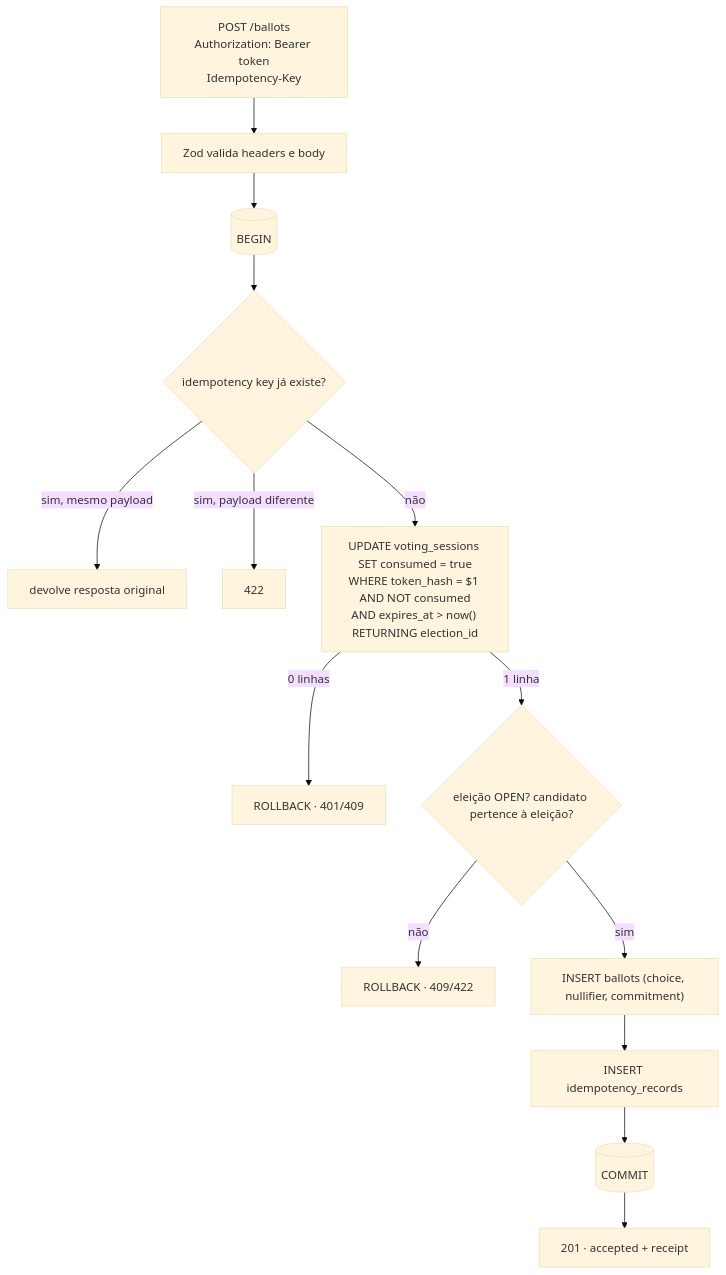
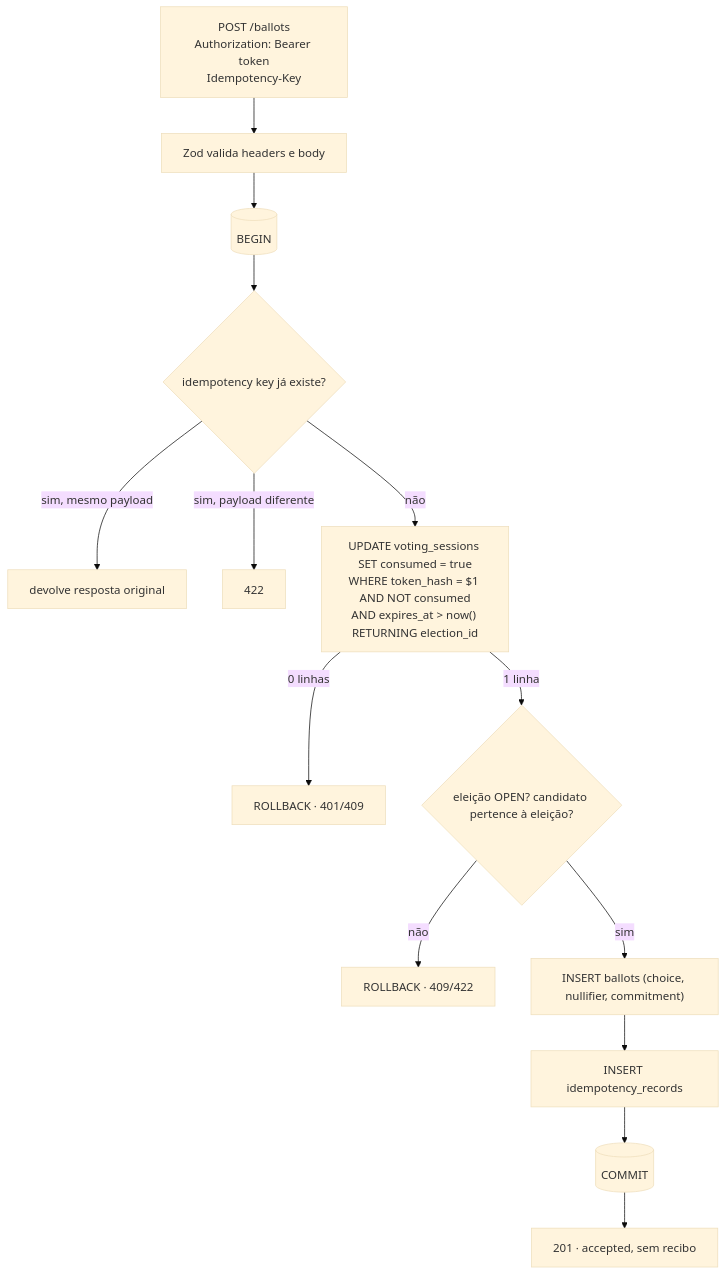
Before and after one commit to Truta446/urna-eletronica-edu: the third of 5 diagrams in docs/architecture.md, drawn with Mermaid (base theme). The commit also changed other lines of this file and 4 other files, not shown here.

````diff
--- a/docs/architecture.md
+++ b/docs/architecture.md
@@ -109,16 +109,16 @@
 ```mermaid
 flowchart TD
     A[POST /ballots<br/>Authorization: Bearer token<br/>Idempotency-Key] --> B[Zod valida headers e body]
     B --> C[(BEGIN)]
     C --> D{idempotency key já existe?}
     D -- "sim, mesmo payload" --> R1[devolve resposta original]
     D -- "sim, payload diferente" --> R2[422]
     D -- não --> E["UPDATE voting_sessions SET consumed = true<br/>WHERE token_hash = $1 AND NOT consumed<br/>AND expires_at > now() RETURNING election_id"]
     E -- 0 linhas --> R3[ROLLBACK · 401/409]
     E -- 1 linha --> F{eleição OPEN? candidato pertence à eleição?}
     F -- não --> R4[ROLLBACK · 409/422]
     F -- sim --> G["INSERT ballots (choice, nullifier, commitment)"]
     G --> H[INSERT idempotency_records]
     H --> I[(COMMIT)]
-    I --> J[201 · accepted + receipt]
+    I --> J[201 · accepted, sem recibo]
 ```
````
